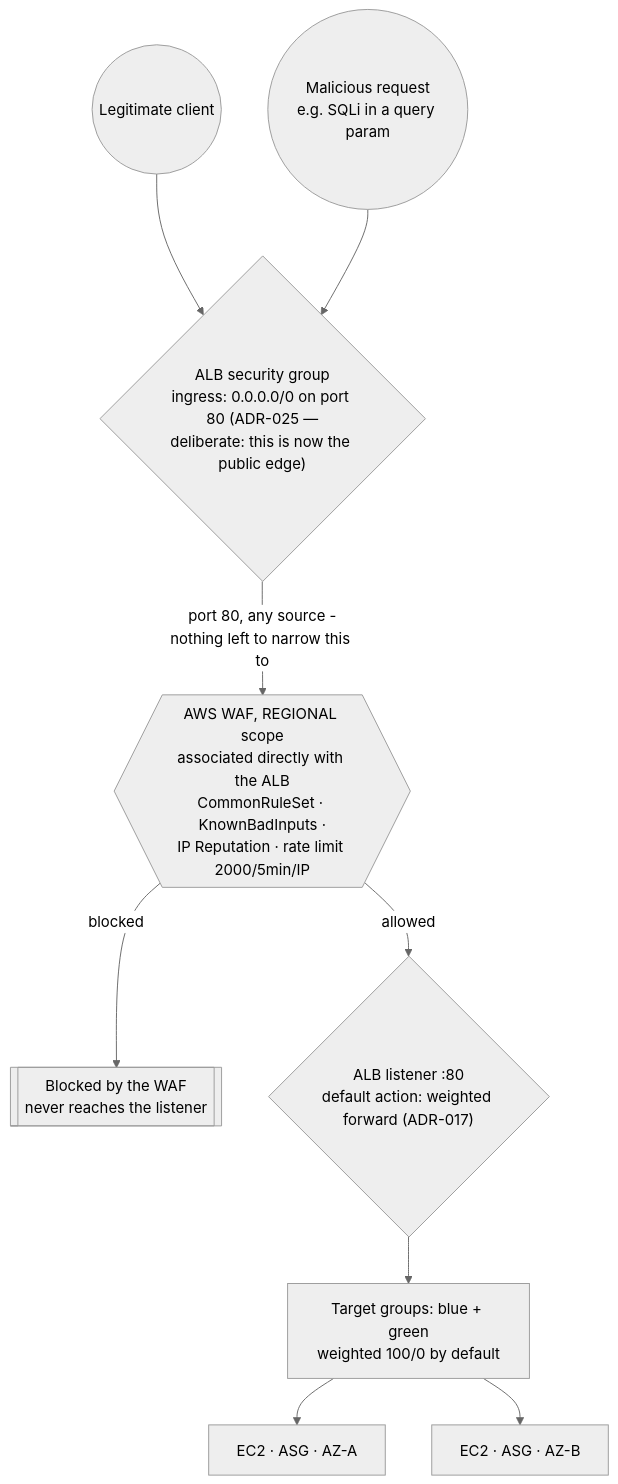
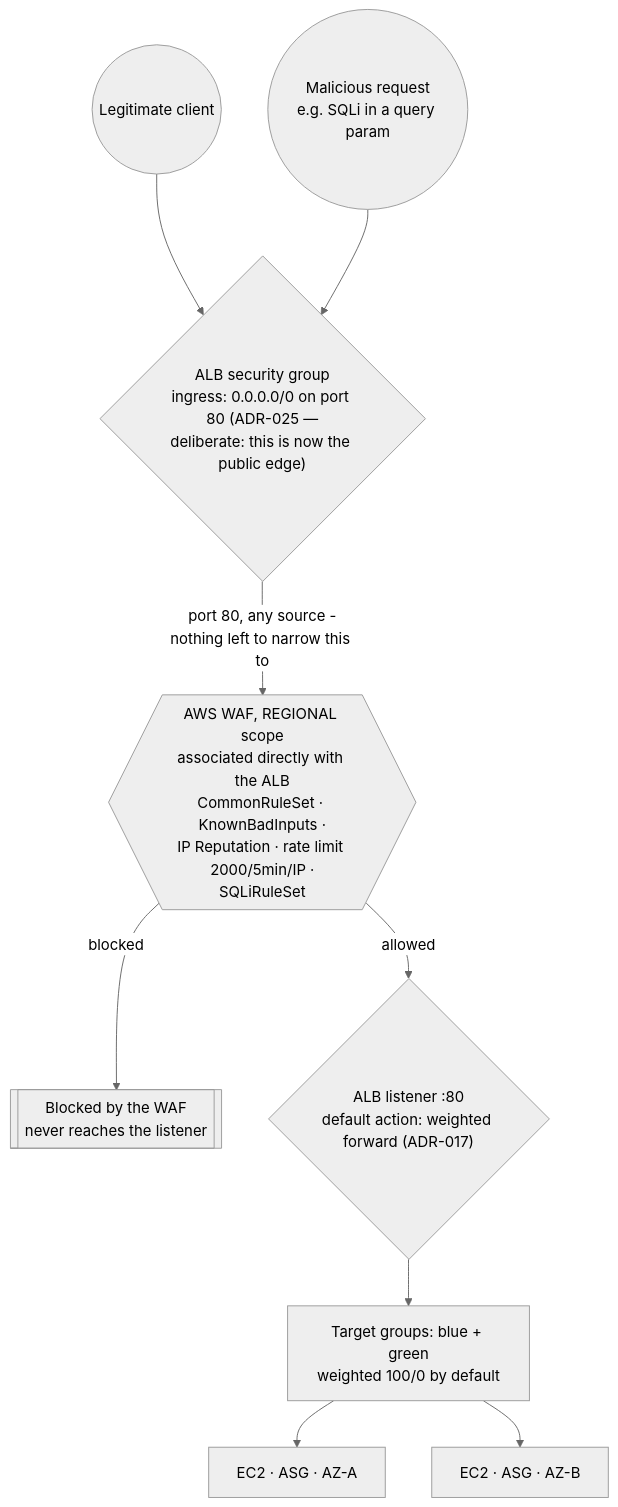
Before and after one commit to Mouad852/cloudforge: the diagram in docs/diagrams/traffic-flow.md, drawn with Mermaid (neutral theme). The commit also changed other lines of this file and 4 other files, not shown here.

Commit message:
docs: record the ADR-025 verification results and the WAF SQLi gap

````diff
--- a/docs/diagrams/traffic-flow.md
+++ b/docs/diagrams/traffic-flow.md
@@ -15,24 +16,24 @@
 ```mermaid
 flowchart TB
     Viewer(("Legitimate client"))
     Malicious(("Malicious request<br/>e.g. SQLi in a query param"))
 
     SG{"ALB security group<br/>ingress: 0.0.0.0/0 on port 80 (ADR-025 —<br/>deliberate: this is now the public edge)"}
-    WAF{{"AWS WAF, REGIONAL scope<br/>associated directly with the ALB<br/>CommonRuleSet · KnownBadInputs ·<br/>IP Reputation · rate limit 2000/5min/IP"}}
+    WAF{{"AWS WAF, REGIONAL scope<br/>associated directly with the ALB<br/>CommonRuleSet · KnownBadInputs ·<br/>IP Reputation · rate limit 2000/5min/IP ·<br/>SQLiRuleSet"}}
     WAFBlock[["Blocked by the WAF<br/>never reaches the listener"]]
 
     Listener{"ALB listener :80<br/>default action: weighted forward (ADR-017)"}
 
     TG["Target groups: blue + green<br/>weighted 100/0 by default"]
     ASG_A["EC2 · ASG · AZ-A"]
     ASG_B["EC2 · ASG · AZ-B"]
 
     Viewer --> SG
     Malicious --> SG
     SG -->|"port 80, any source -<br/>nothing left to narrow this to"| WAF
     WAF -->|blocked| WAFBlock
     WAF -->|allowed| Listener
     Listener --> TG
     TG --> ASG_A
     TG --> ASG_B
 ```
````
